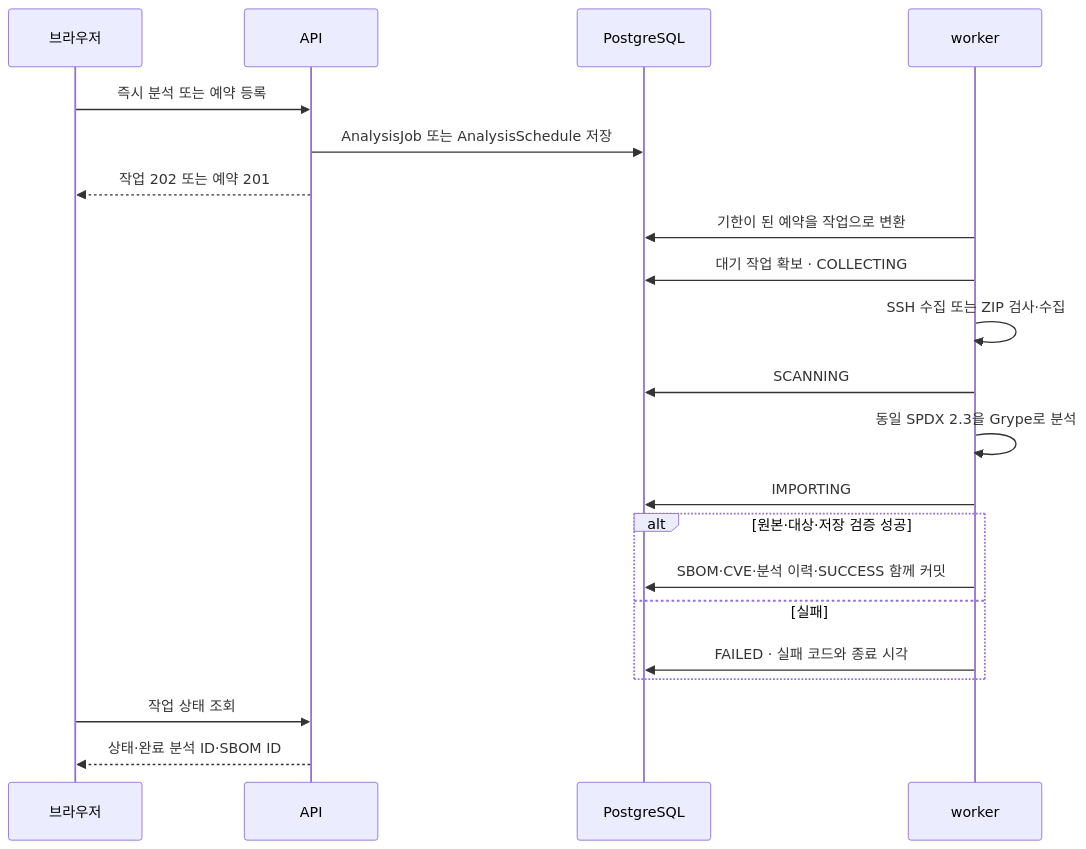
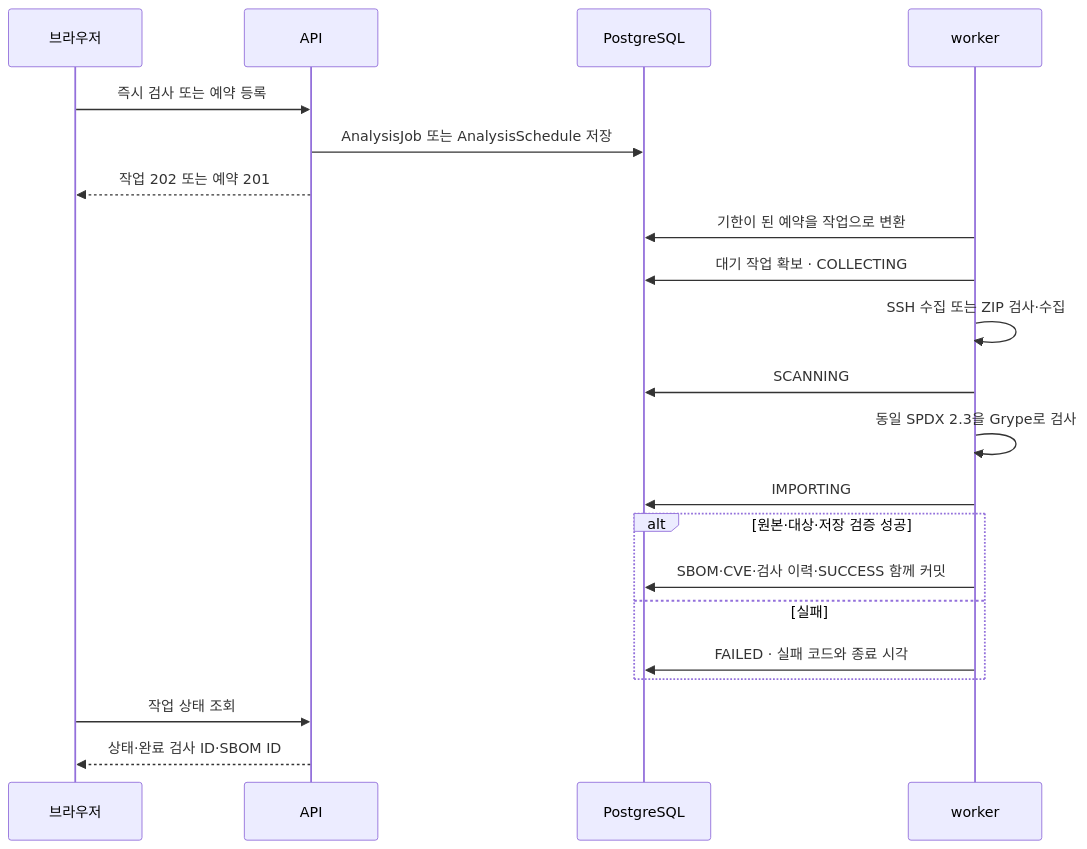
One commit to adieud99/eolwatch changed the second of 2 diagrams in docs/ARCHITECTURE.md. Above: the diagram before and after it, drawn with Mermaid. The commit also changed other lines of this file and 26 other files, not shown here.

````diff
--- a/docs/ARCHITECTURE.md
+++ b/docs/ARCHITECTURE.md
@@ -60,23 +75,23 @@
 ```mermaid
 sequenceDiagram
     participant U as 브라우저
     participant A as API
     participant D as PostgreSQL
     participant W as worker
-    U->>A: 즉시 분석 또는 예약 등록
+    U->>A: 즉시 검사 또는 예약 등록
     A->>D: AnalysisJob 또는 AnalysisSchedule 저장
     A-->>U: 작업 202 또는 예약 201
     W->>D: 기한이 된 예약을 작업으로 변환
     W->>D: 대기 작업 확보 · COLLECTING
     W->>W: SSH 수집 또는 ZIP 검사·수집
     W->>D: SCANNING
-    W->>W: 동일 SPDX 2.3을 Grype로 분석
+    W->>W: 동일 SPDX 2.3을 Grype로 검사
     W->>D: IMPORTING
     alt 원본·대상·저장 검증 성공
-        W->>D: SBOM·CVE·분석 이력·SUCCESS 함께 커밋
+        W->>D: SBOM·CVE·검사 이력·SUCCESS 함께 커밋
     else 실패
         W->>D: FAILED · 실패 코드와 종료 시각
     end
     U->>A: 작업 상태 조회
-    A-->>U: 상태·완료 분석 ID·SBOM ID
+    A-->>U: 상태·완료 검사 ID·SBOM ID
 ```
````
